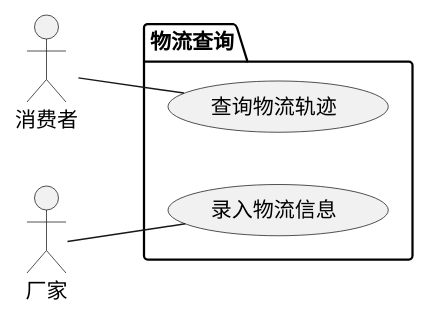
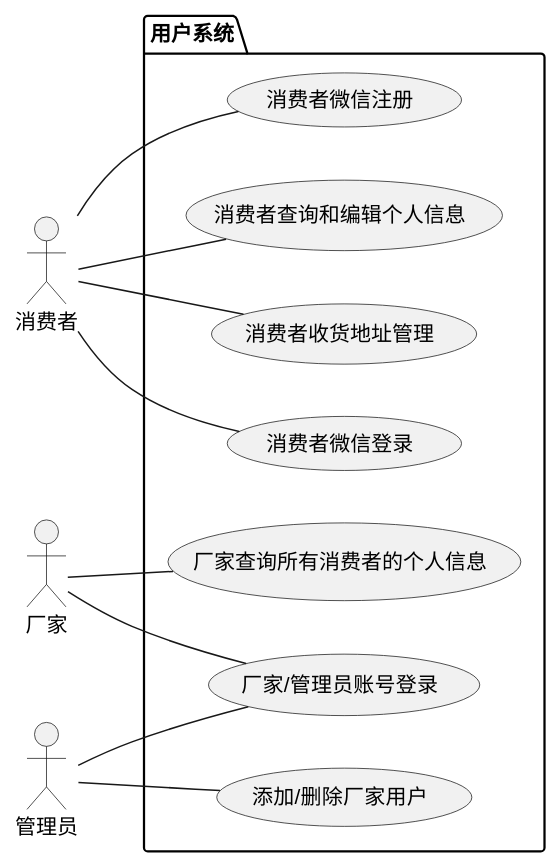
One commit to PassertlonG/xxgwp changed the second of 2 diagrams in docs/软件需求规格说明书.md. Above: the diagram before and after it, drawn with PlantUML. The commit also changed other lines of this file, not shown here.

````diff
--- a/docs/软件需求规格说明书.md
+++ b/docs/软件需求规格说明书.md
@@ -769,15 +163,30 @@
 ```plantuml
-@startuml 物流查询用例图
+@startuml
 left to right direction
 actor "消费者" as consumer
 actor "厂家" as manufacturer
+actor "管理员" as admin
 
-package 物流查询 {
-  usecase "查询物流轨迹" as UC401
-  usecase "录入物流信息" as UC402
+package 用户系统 {
+
+usecase "消费者微信登录" as UC101
+usecase "消费者微信注册" as UC102
+usecase "厂家/管理员账号登录" as UC103
+usecase "添加/删除厂家用户" as UC104
+usecase "消费者查询和编辑个人信息" as UC105
+usecase "消费者收货地址管理" as UC106
+usecase "厂家查询所有消费者的个人信息" as UC107
+
 }
+consumer -- UC101
+consumer -- UC102
+consumer -- UC105
+consumer -- UC106
 
-consumer -- UC401
-manufacturer -- UC402
+manufacturer -- UC103
+manufacturer -- UC107
+
+admin -- UC103
+admin -- UC104
 @enduml
 ```
````
